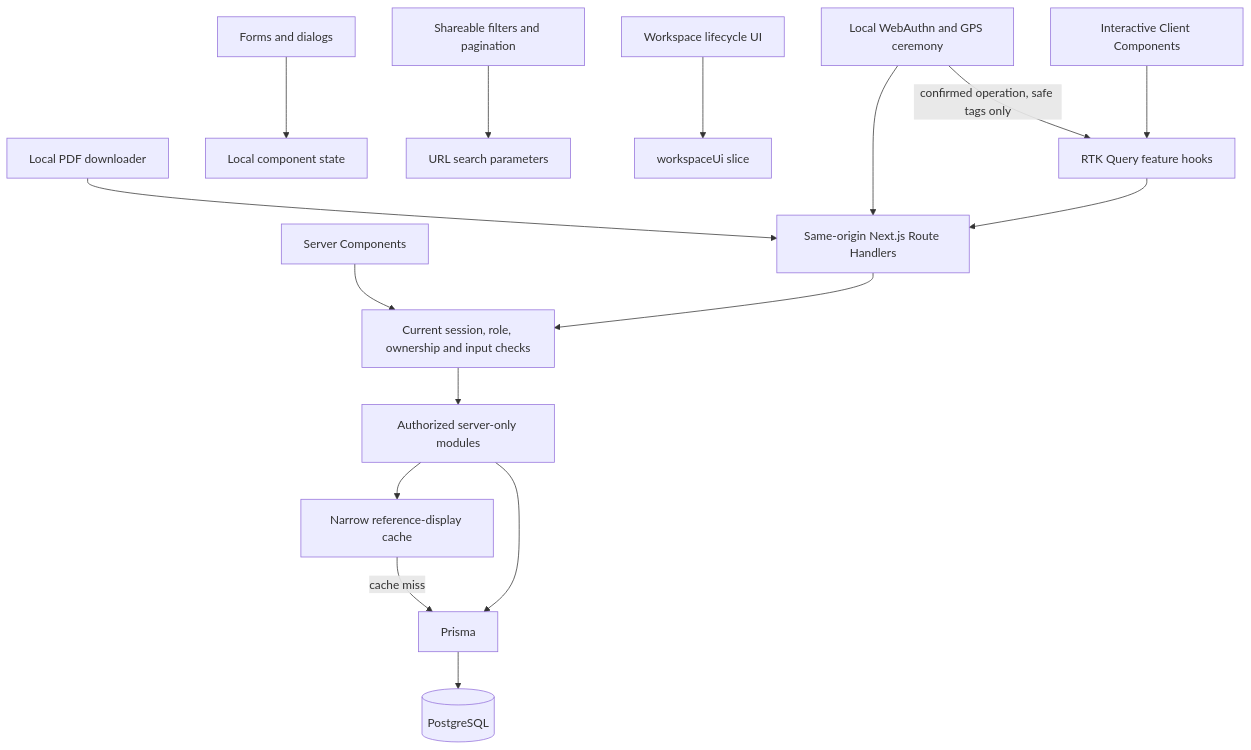
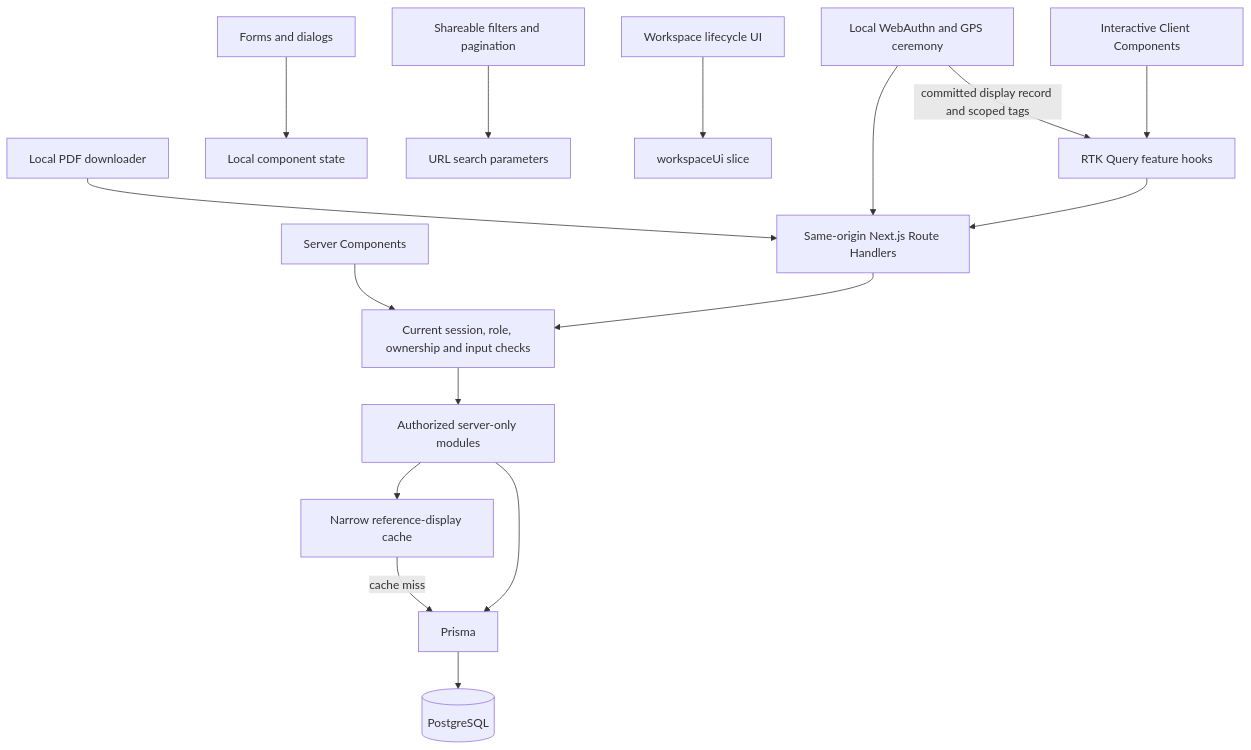
One commit to rianhasansiam/attendance changed the diagram in docs/state-management.md. Above: the diagram before and after it, drawn with Mermaid. The commit also changed other lines of this file and 34 other files, not shown here.

````diff
--- a/docs/state-management.md
+++ b/docs/state-management.md
@@ -7,18 +7,18 @@
 ```mermaid
 flowchart TD
   UI[Interactive Client Components] --> Hooks[RTK Query feature hooks]
   Hooks --> API[Same-origin Next.js Route Handlers]
   API --> Guard[Current session, role, ownership and input checks]
   RSC[Server Components] --> Guard
   Guard --> Modules[Authorized server-only modules]
   Modules --> Prisma[Prisma]
   Prisma --> PG[(PostgreSQL)]
   Modules --> Reference[Narrow reference-display cache]
   Reference -->|cache miss| Prisma
   Forms[Forms and dialogs] --> Local[Local component state]
   Filters[Shareable filters and pagination] --> URL[URL search parameters]
   Gate[Workspace lifecycle UI] --> Slice[workspaceUi slice]
   Ceremony[Local WebAuthn and GPS ceremony] --> API
-  Ceremony -->|confirmed operation, safe tags only| Hooks
+  Ceremony -->|committed display record and scoped tags| Hooks
   PDF[Local PDF downloader] --> API
 ```
````
